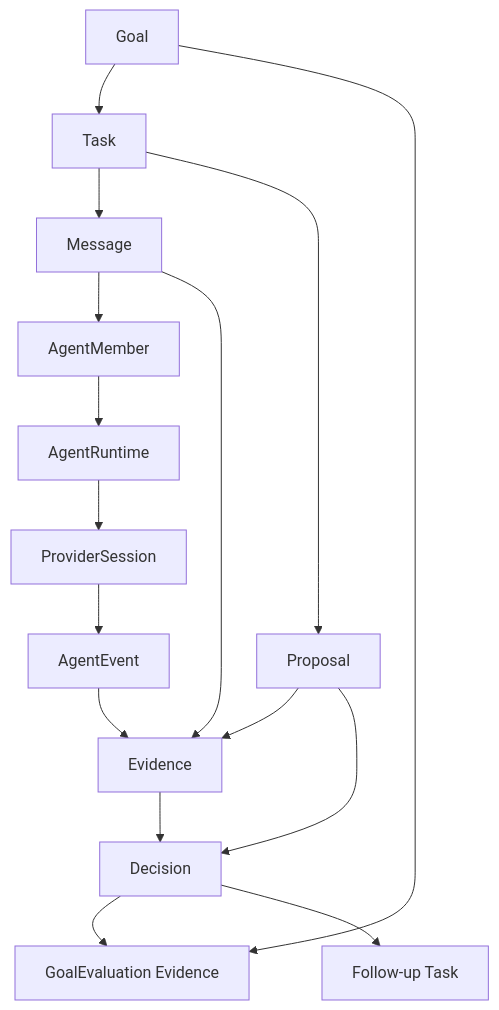
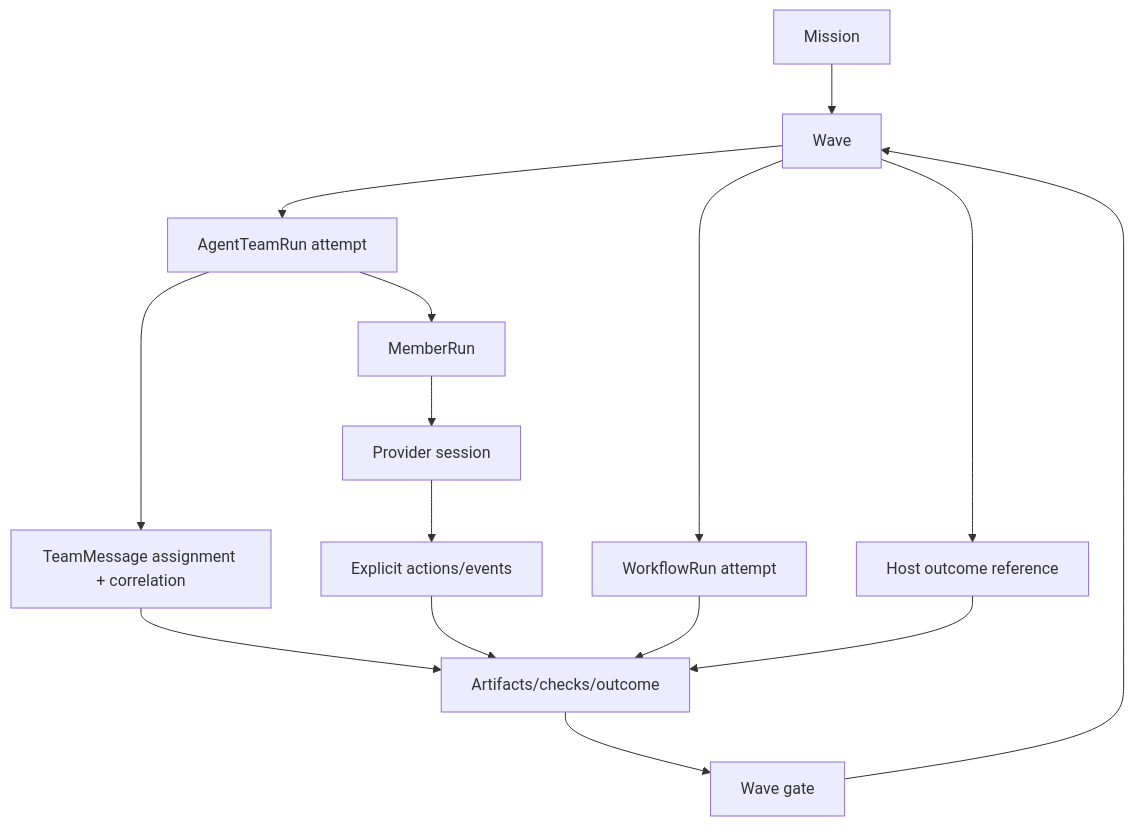
Before and after one commit to cyl19970726/multi-agent-harness: the diagram in docs/data-model.md, drawn with Mermaid. The commit also changed other lines of this file and 37 other files, not shown here.

Commit message:
feat: add mission wave agent team foundation

````diff
--- a/docs/data-model.md
+++ b/docs/data-model.md
@@ -58,18 +62,17 @@
 ```mermaid
 flowchart TD
-  Goal[Goal] --> Task[Task]
-  Goal --> Eval[GoalEvaluation Evidence]
-  Task --> Msg[Message]
-  Msg --> Member[AgentMember]
-  Member --> Runtime[AgentRuntime]
-  Runtime --> Session[ProviderSession]
-  Session --> Event[AgentEvent]
-  Task --> Proposal[Proposal]
-  Msg --> Evidence[Evidence]
-  Event --> Evidence
-  Proposal --> Evidence
-  Proposal --> Decision[Decision]
-  Evidence --> Decision
-  Decision --> Eval
-  Decision --> Follow[Follow-up Task]
+  Mission[Mission] --> Wave[Wave]
+  Wave --> TeamRun[AgentTeamRun attempt]
+  Wave --> WorkflowRun[WorkflowRun attempt]
+  Wave --> HostRun[Host outcome reference]
+  TeamRun --> TeamMsg[TeamMessage assignment + correlation]
+  TeamRun --> Member[MemberRun]
+  Member --> Session[Provider session]
+  Session --> Event[Explicit actions/events]
+  TeamMsg --> Artifact[Artifacts/checks/outcome]
+  Event --> Artifact
+  WorkflowRun --> Artifact
+  HostRun --> Artifact
+  Artifact --> Gate[Wave gate]
+  Gate --> Wave
 ```
````
